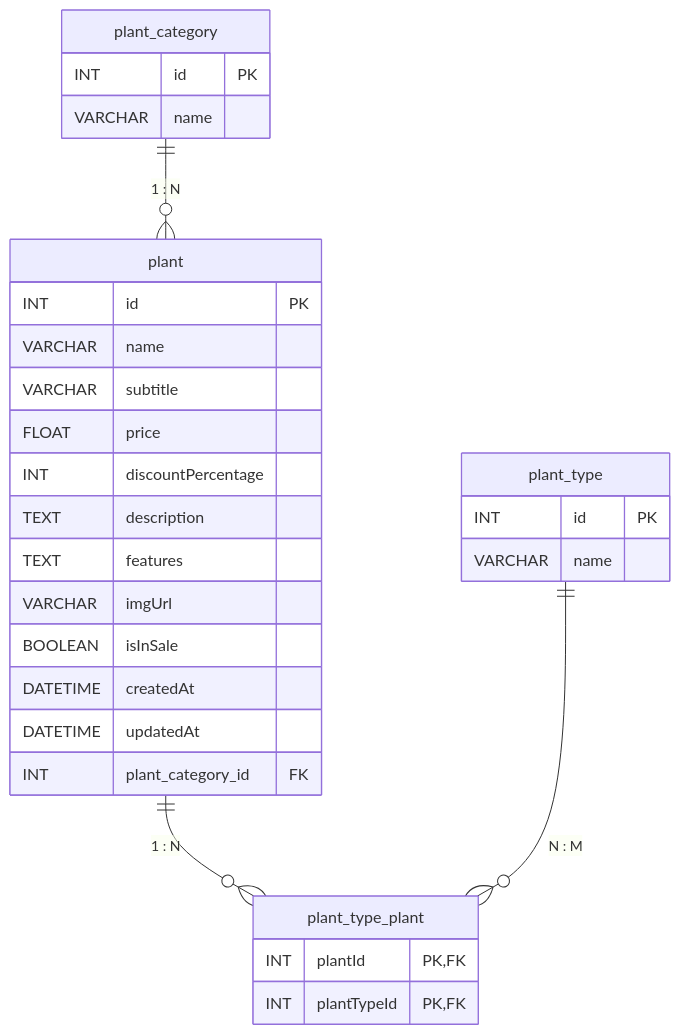
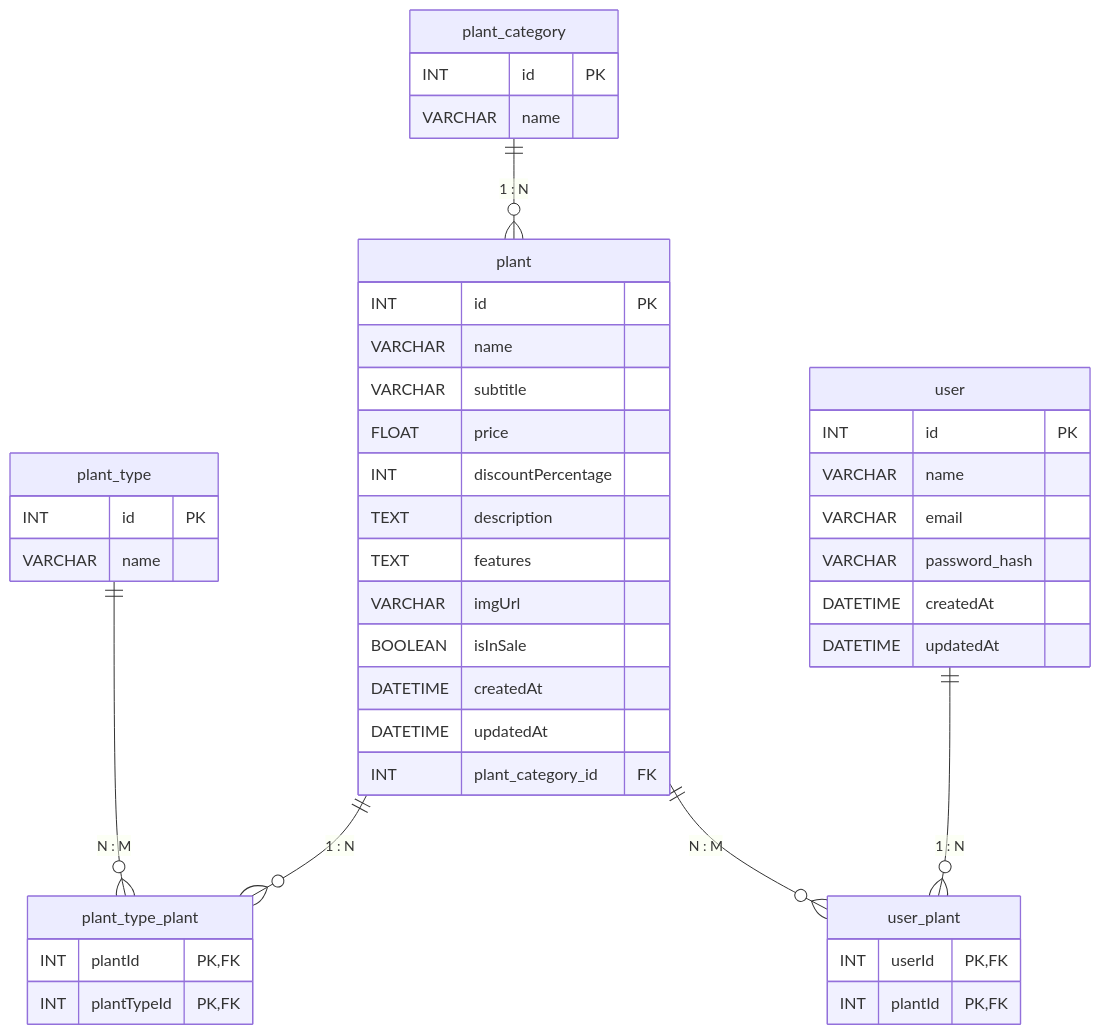
The diagram in database/entity_relationship.mmd (LuanaMonteiro0/plant-store), drawn with Mermaid before and after one commit. The commit also changed 4 other files, not shown here.

Commit message:
feat: tabela user e atualizacao do ER

```diff
--- a/database/entity_relationship.mmd
+++ b/database/entity_relationship.mmd
@@ -1,35 +1,51 @@
 erDiagram
 
   plant_category ||--o{ plant : "1 : N"
   plant ||--o{ plant_type_plant : "1 : N"
   plant_type ||--o{ plant_type_plant : "N : M"
+  user ||--o{ user_plant : "1 : N"
+  plant ||--o{ user_plant : "N : M"
 
   plant_category {
     INT id PK
     VARCHAR name
   }
 
   plant_type {
     INT id PK
     VARCHAR name
   }
 
   plant {
     INT id PK
     VARCHAR name
     VARCHAR subtitle
     FLOAT price
     INT discountPercentage
     TEXT description
     TEXT features
     VARCHAR imgUrl
     BOOLEAN isInSale
     DATETIME createdAt
     DATETIME updatedAt
     INT plant_category_id FK
   }
 
   plant_type_plant {
     INT plantId PK, FK
     INT plantTypeId PK, FK
   }
+
+  user {
+    INT id PK
+    VARCHAR name
+    VARCHAR email
+    VARCHAR password_hash
+    DATETIME createdAt
+    DATETIME updatedAt
+  }
+
+  user_plant {
+    INT userId PK, FK
+    INT plantId PK, FK
+  }
```
